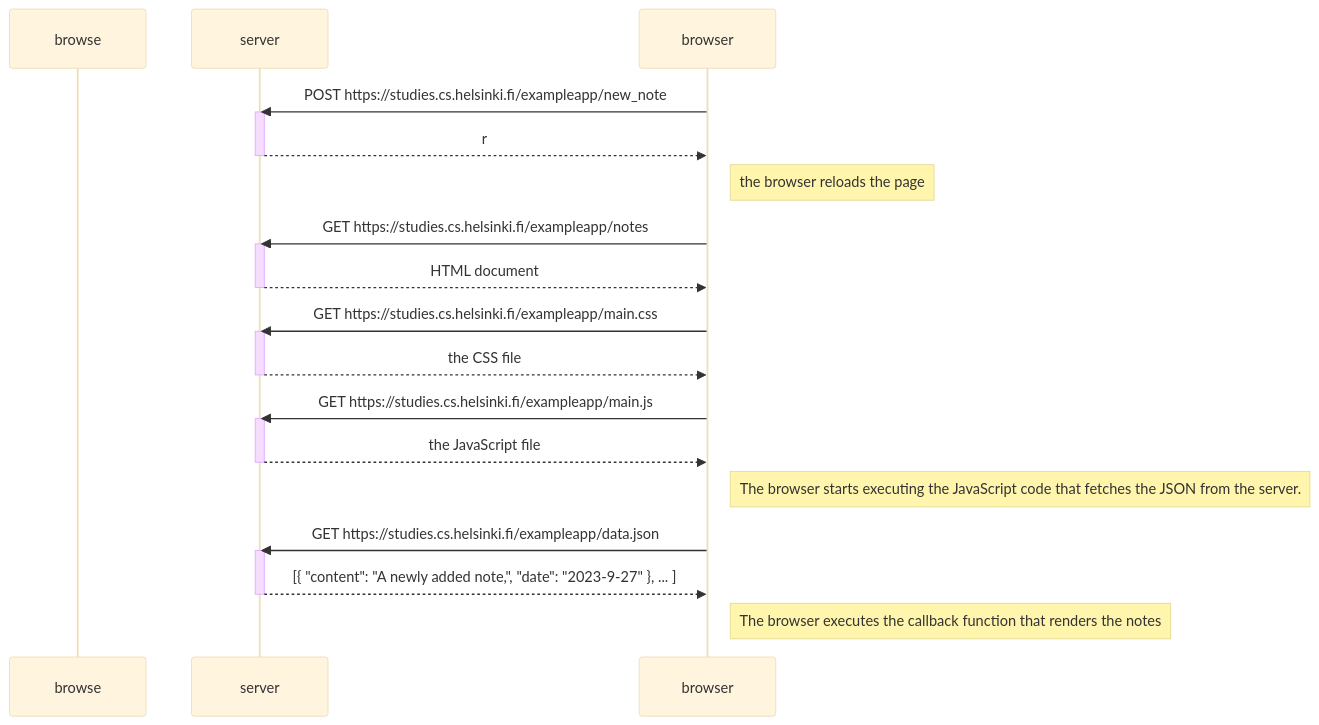
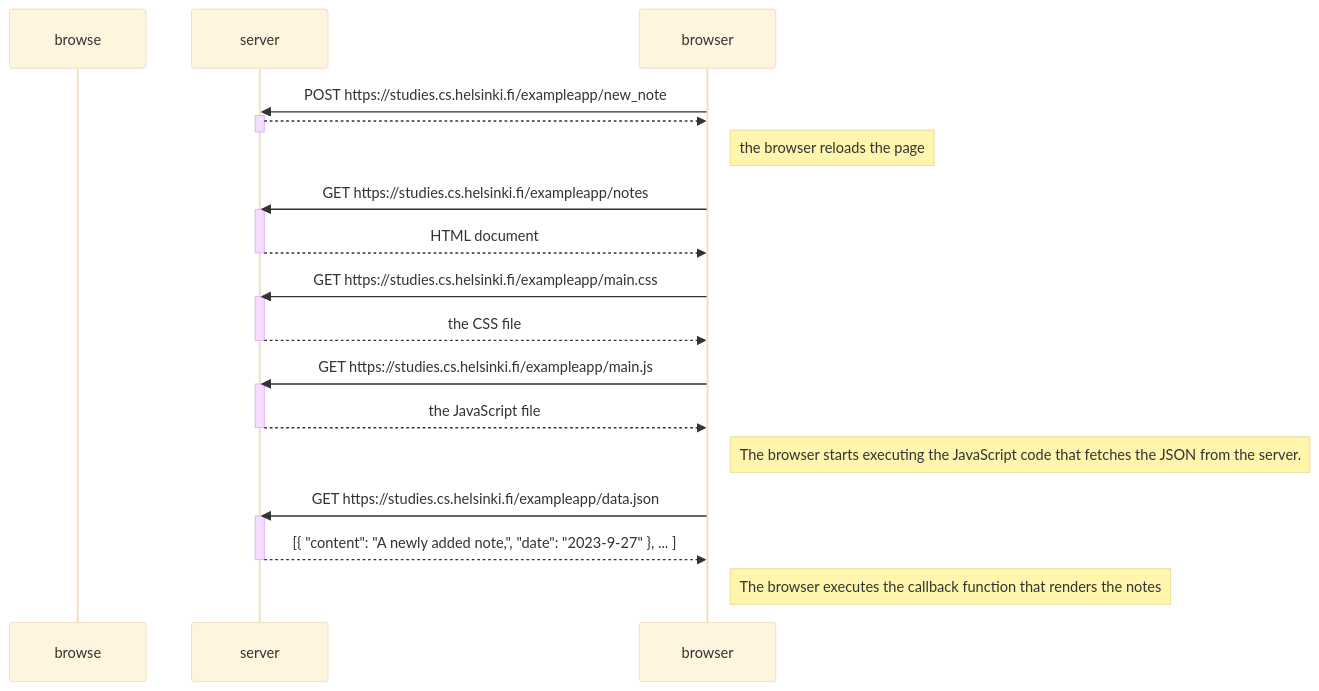
Before and after one commit to AlexanderGurnet/fullstackopen: the diagram in part0/0.4/new_note_diagram.md, drawn with Mermaid (base theme).

````diff
--- a/part0/0.4/new_note_diagram.md
+++ b/part0/0.4/new_note_diagram.md
@@ -2,35 +2,35 @@
 ```mermaid
   sequenceDiagram
     participant browse
     participant server
 
     browser->>server: POST https://studies.cs.helsinki.fi/exampleapp/new_note
     activate server
-    server-->>browser: r
+    server-->>browser: 
     deactivate server
     Note right of browser: the browser reloads the page
 
     browser->>server: GET https://studies.cs.helsinki.fi/exampleapp/notes
     activate server
     server-->>browser: HTML document
     deactivate server
     
     browser->>server: GET https://studies.cs.helsinki.fi/exampleapp/main.css
     activate server
     server-->>browser: the CSS file
     deactivate server
 
     browser->>server: GET https://studies.cs.helsinki.fi/exampleapp/main.js
     activate server
     server-->>browser: the JavaScript file
     deactivate server
 
     Note right of browser: The browser starts executing the JavaScript code that fetches the JSON from the server.
 
     browser->>server: GET https://studies.cs.helsinki.fi/exampleapp/data.json
     activate server
     server-->>browser: [{ "content": "A newly added note,", "date": "2023-9-27" }, ... ]
     deactivate server
 
     Note right of browser: The browser executes the callback function that renders the notes
 ```
````
